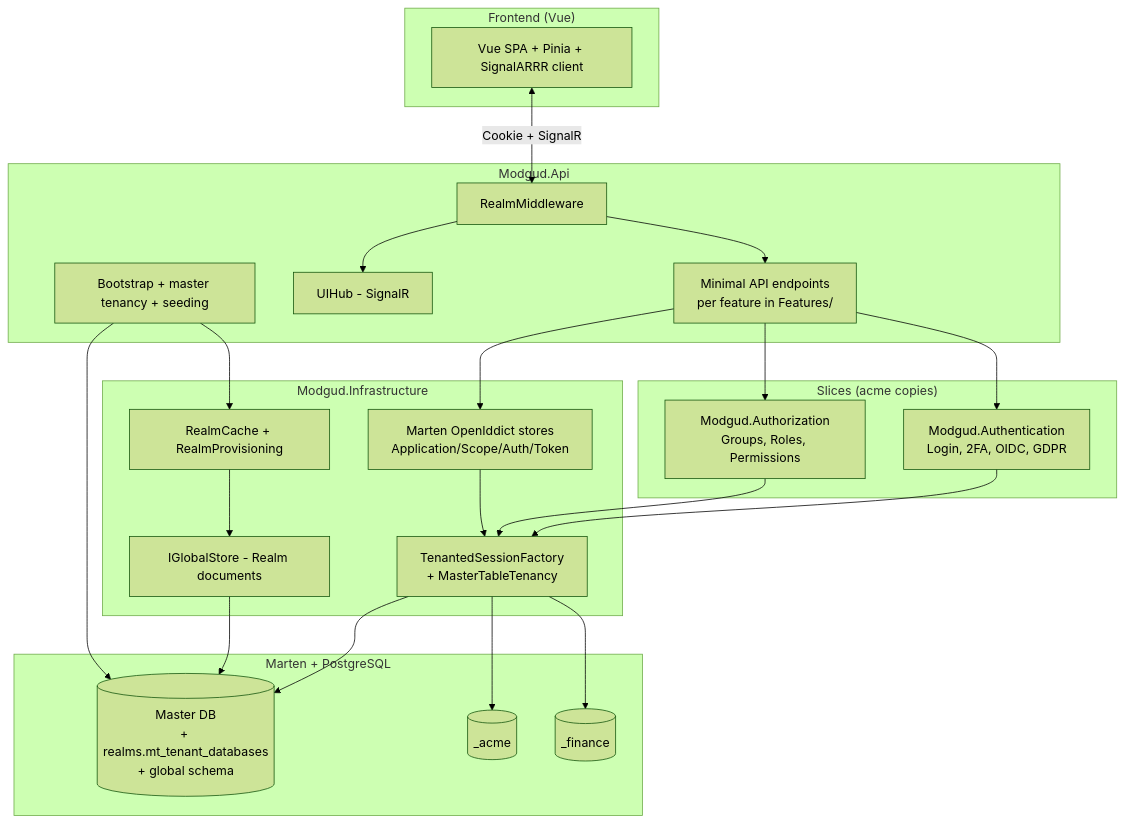
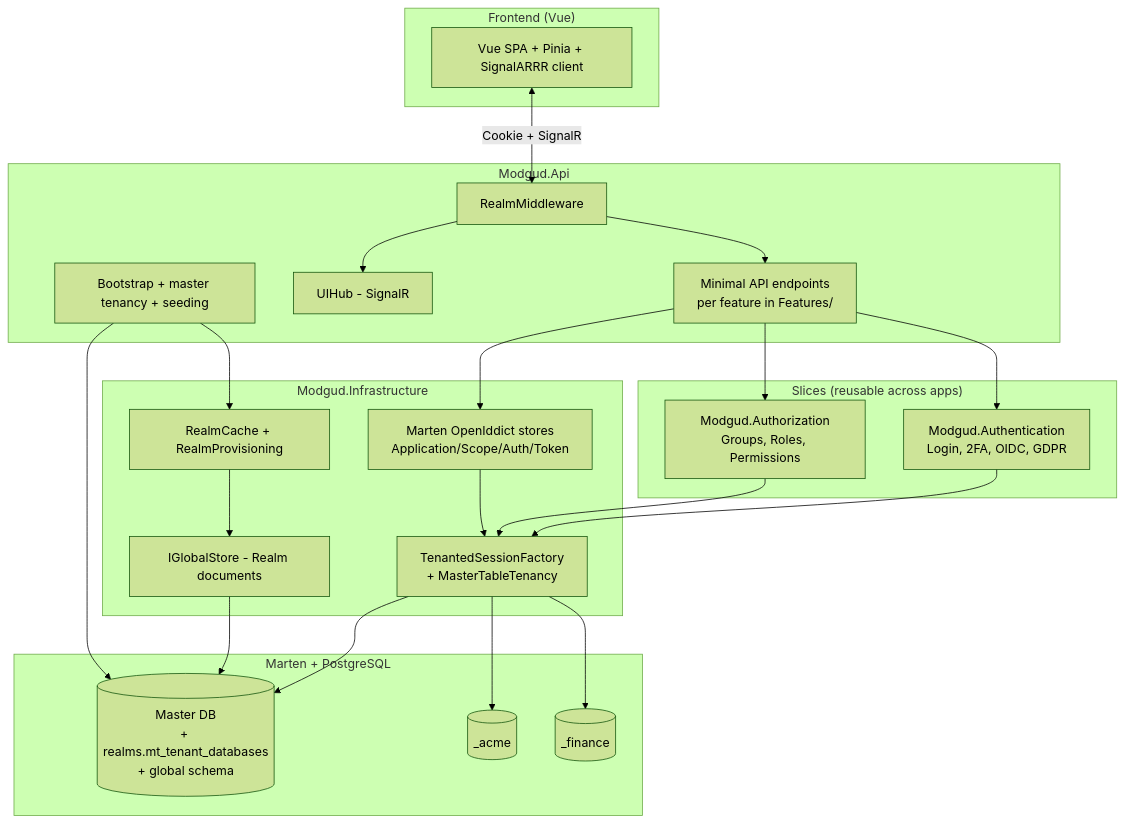
Before and after one commit to cocoar-dev/modgud: the diagram in docs/operate/backend-architecture.md, drawn with Mermaid (forest theme). The commit also changed other lines of this file and 166 other files, not shown here.

````diff
--- a/docs/operate/backend-architecture.md
+++ b/docs/operate/backend-architecture.md
@@ -23,48 +26,48 @@
 ```mermaid
 graph TB
     subgraph FrontEnd ["Frontend (Vue)"]
         SPA["Vue SPA + Pinia + SignalARRR client"]
     end
 
     subgraph Api ["Modgud.Api"]
         MW[RealmMiddleware]
         Endpoints[Minimal API endpoints<br/>per feature in Features/]
         Hub[UIHub - SignalR]
         Setup[Bootstrap + master tenancy + seeding]
     end
 
-    subgraph Slices ["Slices (acme copies)"]
+    subgraph Slices ["Slices (reusable across apps)"]
         Authn[Modgud.Authentication<br/>Login, 2FA, OIDC, GDPR]
         Authz[Modgud.Authorization<br/>Groups, Roles, Permissions]
     end
 
     subgraph Infra ["Modgud.Infrastructure"]
         Tenancy[TenantedSessionFactory<br/>+ MasterTableTenancy]
         OpenIddictStores[Marten OpenIddict stores<br/>Application/Scope/Auth/Token]
         Realms[RealmCache + RealmProvisioning]
         IGlobalStore[IGlobalStore - Realm documents]
     end
 
     subgraph DataLayer ["Marten + PostgreSQL"]
         Master[(Master DB<br/>+ realms.mt_tenant_databases<br/>+ global schema)]
         TenantA[(<master-db>_acme)]
         TenantB[(<master-db>_finance)]
     end
 
     SPA <-->|Cookie + SignalR| MW
     MW --> Endpoints
     MW --> Hub
     Endpoints --> Authn
     Endpoints --> Authz
     Endpoints --> OpenIddictStores
     Authn --> Tenancy
     Authz --> Tenancy
     OpenIddictStores --> Tenancy
     Realms --> IGlobalStore
     Tenancy --> Master
     Tenancy --> TenantA
     Tenancy --> TenantB
     IGlobalStore --> Master
     Setup --> Master
     Setup --> Realms
 ```
````
